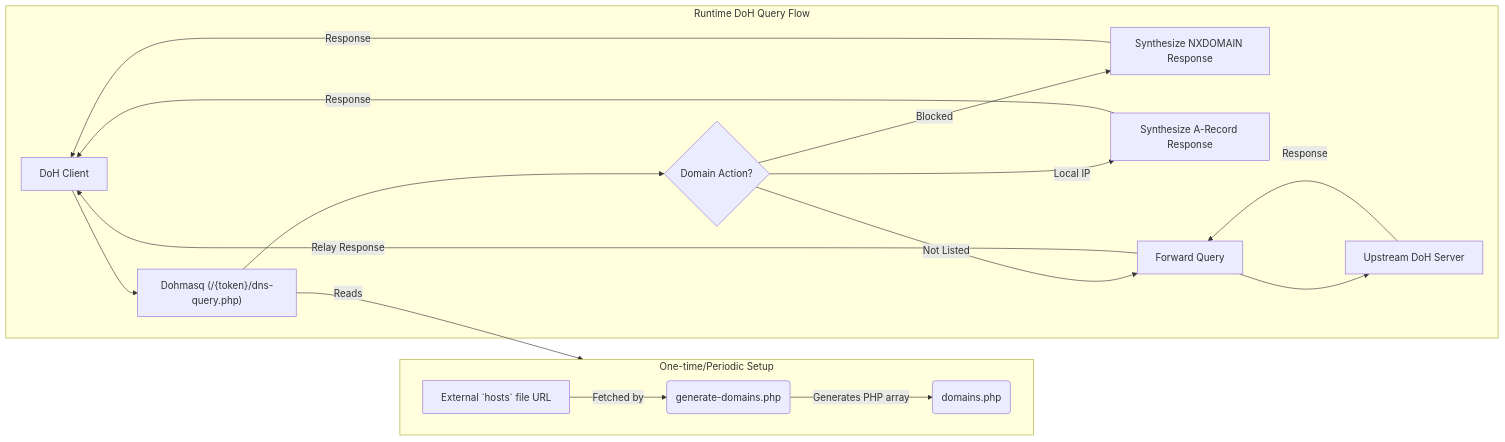
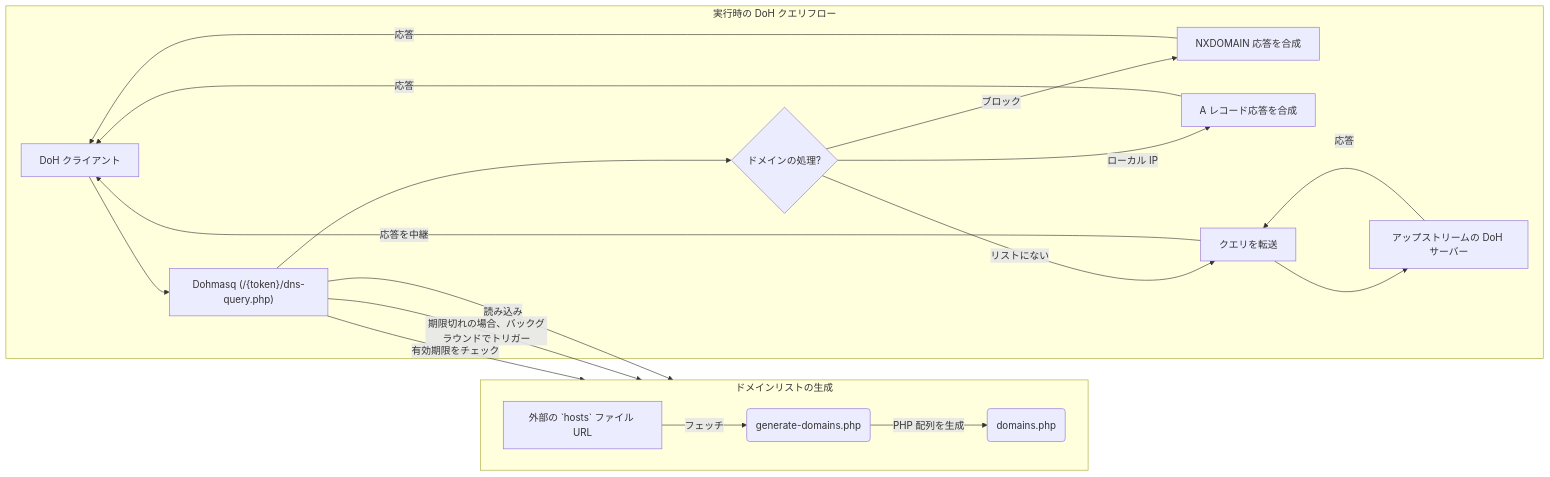
Before and after one commit to asannou/dohmasq: the diagram in README.ja.md, drawn with Mermaid. The commit also changed other lines of this file and 1 other file, not shown here.

First line of the commit message:
docs: Update READMEs for automatic domain list regeneration

````diff
--- a/README.ja.md
+++ b/README.ja.md
@@ -19,22 +20,24 @@
 ```mermaid
 graph LR
-    subgraph "One-time/Periodic Setup"
+    subgraph "ドメインリストの生成"
         direction LR
-        A[External `hosts` file URL] --"Fetched by"--> B(generate-domains.php);
-        B --"Generates PHP array"--> C(domains.php);
+        A[外部の `hosts` ファイル URL] --"フェッチ"--> B(generate-domains.php);
+        B --"PHP 配列を生成"--> C(domains.php);
     end
 
-    subgraph "Runtime DoH Query Flow"
-        D[DoH Client] --> E["Dohmasq (/{token}/dns-query.php)"];
-        E --"Reads"--> C;
-        E --> F{Domain Action?};
-        F --"Blocked"--> G[Synthesize NXDOMAIN Response];
-        F --"Local IP"--> H[Synthesize A-Record Response];
-        F --"Not Listed"--> I[Forward Query];
-        I --> J[Upstream DoH Server];
-        J --"Response"--> I;
-        G --"Response"--> D;
-        H --"Response"--> D;
-        I --"Relay Response"--> D;
+    subgraph "実行時の DoH クエリフロー"
+        D[DoH クライアント] --> E["Dohmasq (/{token}/dns-query.php)"];
+        E --"有効期限をチェック"--> C;
+        E --"期限切れの場合、バックグラウンドでトリガー"--> B;
+        E --"読み込み"--> C;
+        E --> F{ドメインの処理?};
+        F --"ブロック"--> G[NXDOMAIN 応答を合成];
+        F --"ローカル IP"--> H[A レコード応答を合成];
+        F --"リストにない"--> I[クエリを転送];
+        I --> J[アップストリームの DoH サーバー];
+        J --"応答"--> I;
+        G --"応答"--> D;
+        H --"応答"--> D;
+        I --"応答を中継"--> D;
     end
 ```
````
